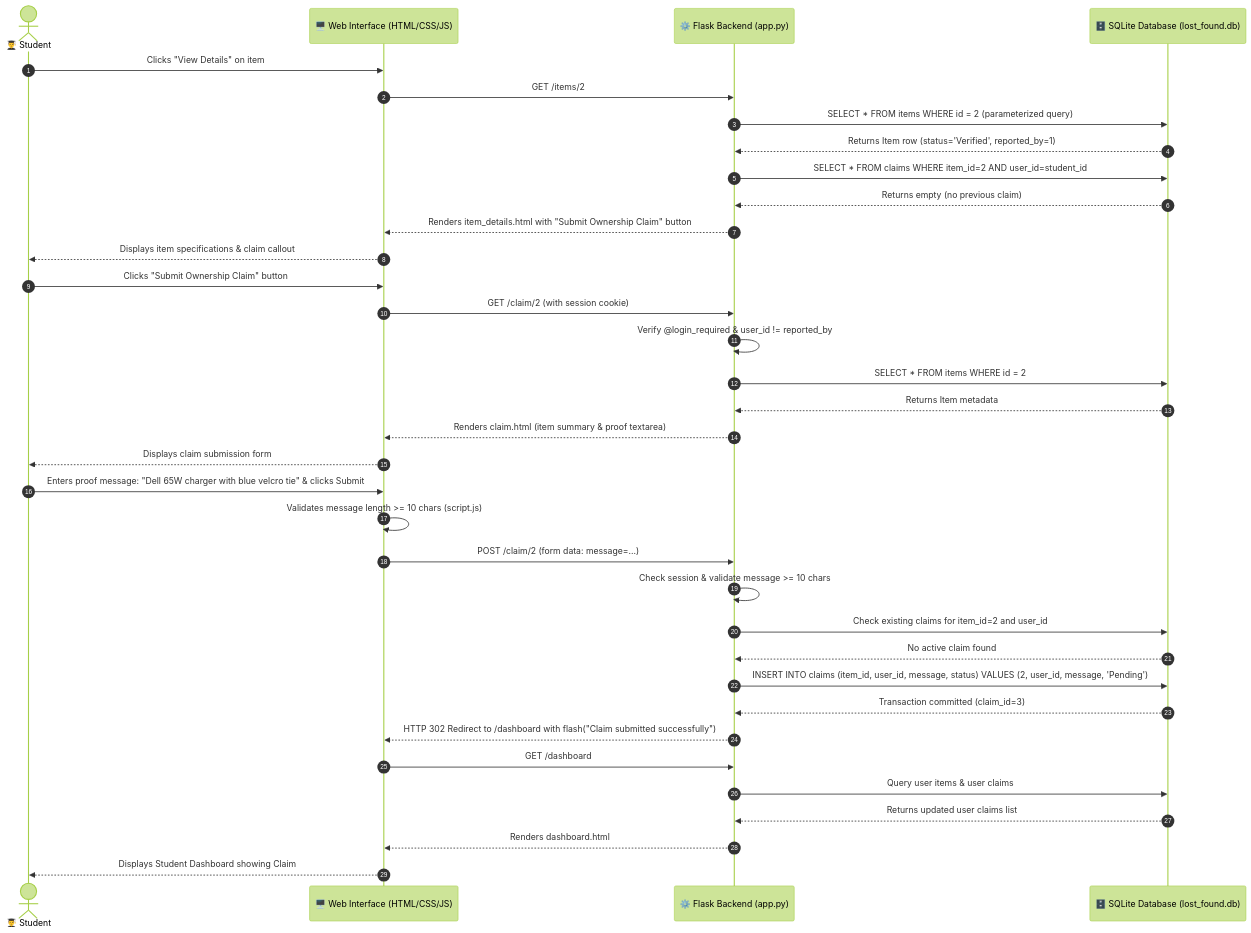
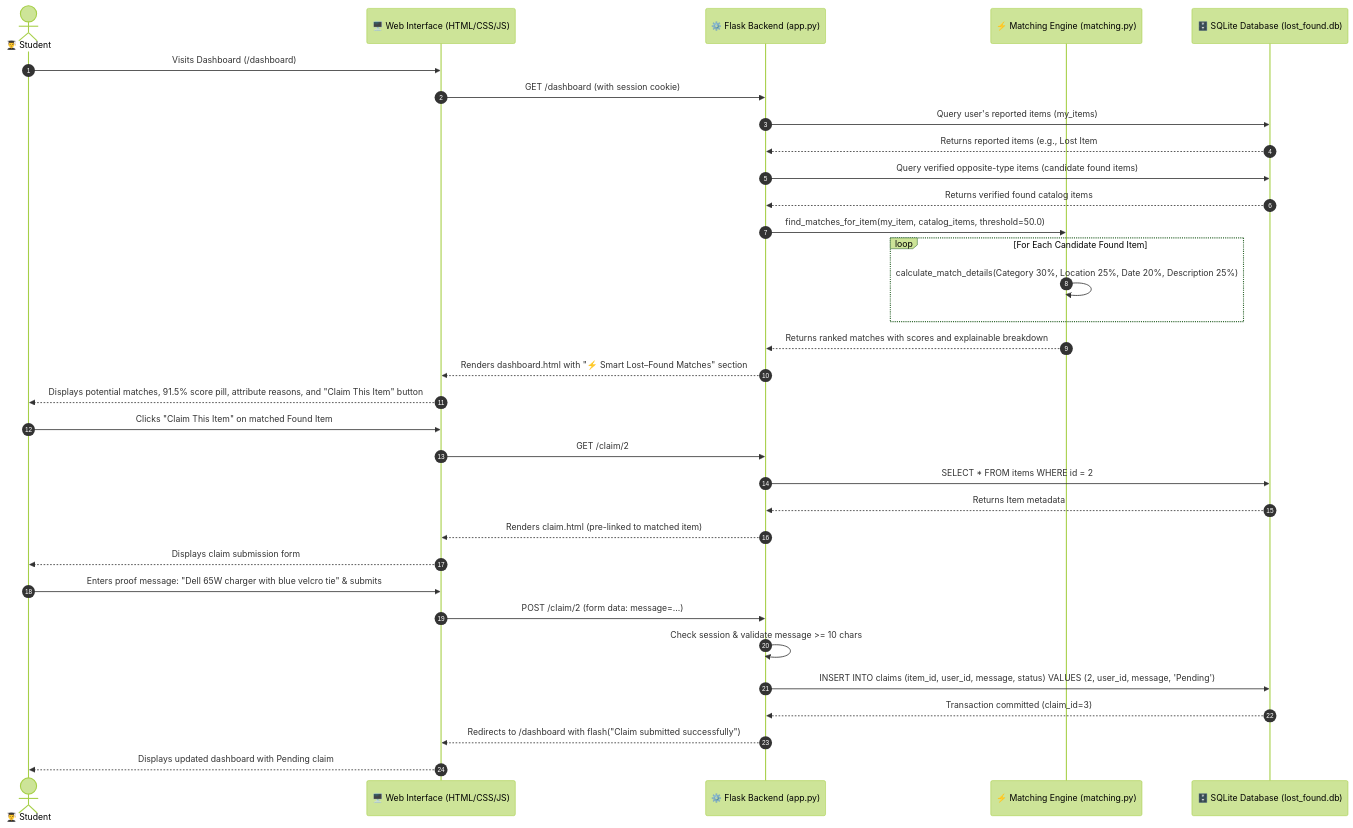
Before and after one commit to kalamhussain-hit/SE-MICROPROJECT: the diagram in docs/uml/sequence.md, drawn with Mermaid (forest theme). The commit also changed 17 other files, not shown here.

Commit message:
feat: implement Smart Lost-Found Multi-Attribute Matching novelty with explainable scoring, UI cards, tests, and documentation updates

````diff
--- a/docs/uml/sequence.md
+++ b/docs/uml/sequence.md
@@ -6,47 +6,43 @@
 ```mermaid
 sequenceDiagram
     autonumber
     actor Student as 👨‍🎓 Student
     participant UI as 🖥️ Web Interface (HTML/CSS/JS)
     participant Backend as ⚙️ Flask Backend (app.py)
+    participant Engine as ⚡ Matching Engine (matching.py)
     participant DB as 🗄️ SQLite Database (lost_found.db)
 
-    %% Step 1: Browse to item details
-    Student ->> UI: Clicks "View Details" on item #2 (Laptop Charger)
-    UI ->> Backend: GET /items/2
-    Backend ->> DB: SELECT * FROM items WHERE id = 2 (parameterized query)
-    DB -->> Backend: Returns Item row (status='Verified', reported_by=1)
-    Backend ->> DB: SELECT * FROM claims WHERE item_id=2 AND user_id=student_id
-    DB -->> Backend: Returns empty (no previous claim)
-    Backend -->> UI: Renders item_details.html with "Submit Ownership Claim" button
-    UI -->> Student: Displays item specifications & claim callout
+    %% Step 1: Student opens dashboard
+    Student ->> UI: Visits Dashboard (/dashboard)
+    UI ->> Backend: GET /dashboard (with session cookie)
+    Backend ->> DB: Query user's reported items (my_items)
+    DB -->> Backend: Returns reported items (e.g., Lost Item #1)
+    Backend ->> DB: Query verified opposite-type items (candidate found items)
+    DB -->> Backend: Returns verified found catalog items
+    
+    %% Step 2: Smart Matching Execution
+    Backend ->> Engine: find_matches_for_item(my_item, catalog_items, threshold=50.0)
+    loop For Each Candidate Found Item
+        Engine ->> Engine: calculate_match_details(Category 30%, Location 25%, Date 20%, Description 25%)
+    end
+    Engine -->> Backend: Returns ranked matches with scores and explainable breakdown
+    Backend -->> UI: Renders dashboard.html with "⚡ Smart Lost–Found Matches" section
+    UI -->> Student: Displays potential matches, 91.5% score pill, attribute reasons, and "Claim This Item" button
 
-    %% Step 2: Open claim form
-    Student ->> UI: Clicks "Submit Ownership Claim" button
-    UI ->> Backend: GET /claim/2 (with session cookie)
-    Backend ->> Backend: Verify @login_required & user_id != reported_by
+    %% Step 3: Student proceeds to claim from match
+    Student ->> UI: Clicks "Claim This Item" on matched Found Item #2
+    UI ->> Backend: GET /claim/2
     Backend ->> DB: SELECT * FROM items WHERE id = 2
     DB -->> Backend: Returns Item metadata
-    Backend -->> UI: Renders claim.html (item summary & proof textarea)
+    Backend -->> UI: Renders claim.html (pre-linked to matched item)
     UI -->> Student: Displays claim submission form
 
-    %% Step 3: Enter proof and submit
-    Student ->> UI: Enters proof message: "Dell 65W charger with blue velcro tie" & clicks Submit
-    UI ->> UI: Validates message length >= 10 chars (script.js)
+    %% Step 4: Submit ownership proof
+    Student ->> UI: Enters proof message: "Dell 65W charger with blue velcro tie" & submits
     UI ->> Backend: POST /claim/2 (form data: message=...)
-    
-    %% Step 4: Backend validation & persistence
     Backend ->> Backend: Check session & validate message >= 10 chars
-    Backend ->> DB: Check existing claims for item_id=2 and user_id
-    DB -->> Backend: No active claim found
     Backend ->> DB: INSERT INTO claims (item_id, user_id, message, status) VALUES (2, user_id, message, 'Pending')
     DB -->> Backend: Transaction committed (claim_id=3)
-    
-    %% Step 5: Response & redirection
-    Backend -->> UI: HTTP 302 Redirect to /dashboard with flash("Claim submitted successfully")
-    UI ->> Backend: GET /dashboard
-    Backend ->> DB: Query user items & user claims
-    DB -->> Backend: Returns updated user claims list
-    Backend -->> UI: Renders dashboard.html
-    UI -->> Student: Displays Student Dashboard showing Claim #CLM-3 with status "Pending"
+    Backend -->> UI: Redirects to /dashboard with flash("Claim submitted successfully")
+    UI -->> Student: Displays updated dashboard with Pending claim
 ```
````
